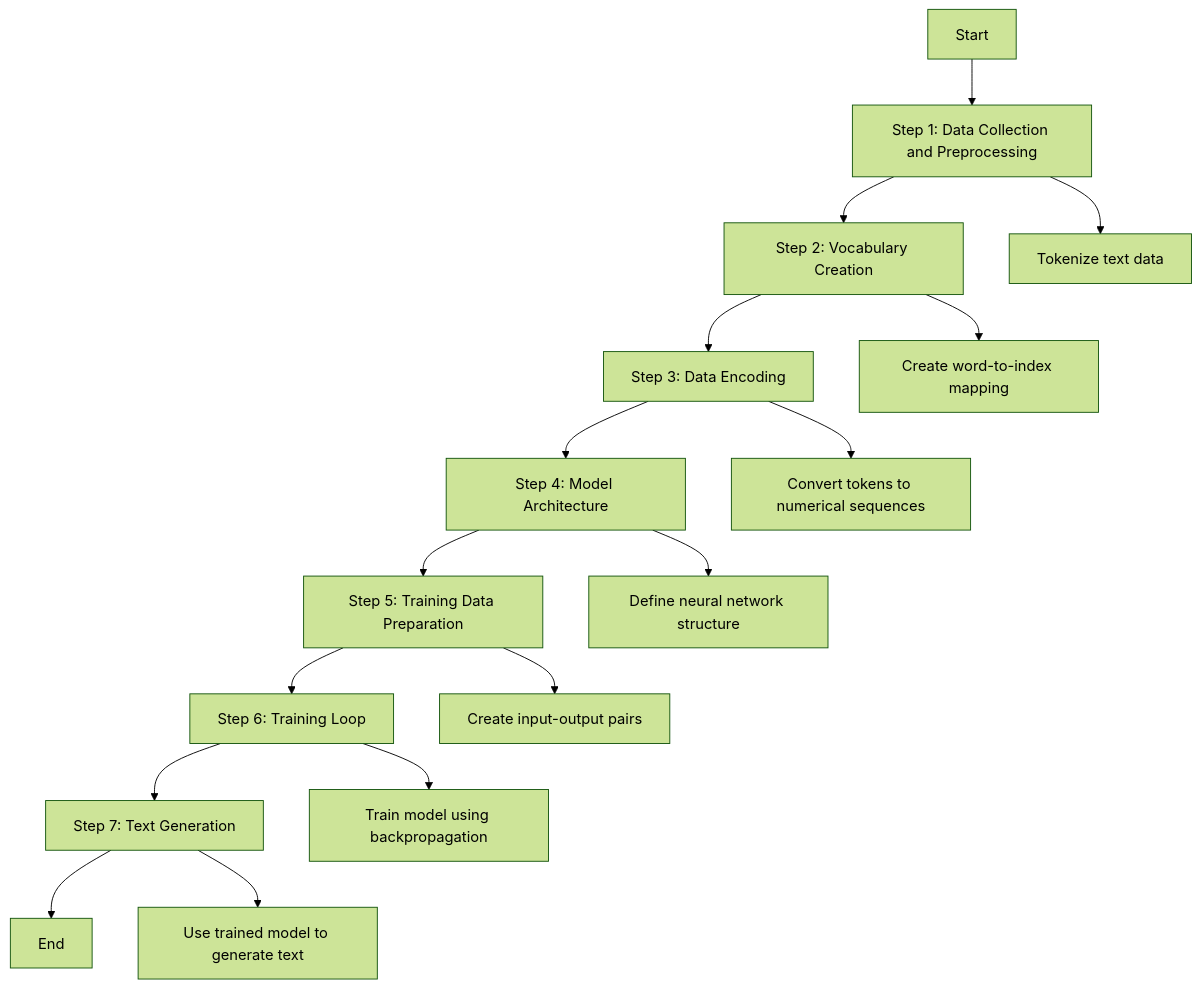
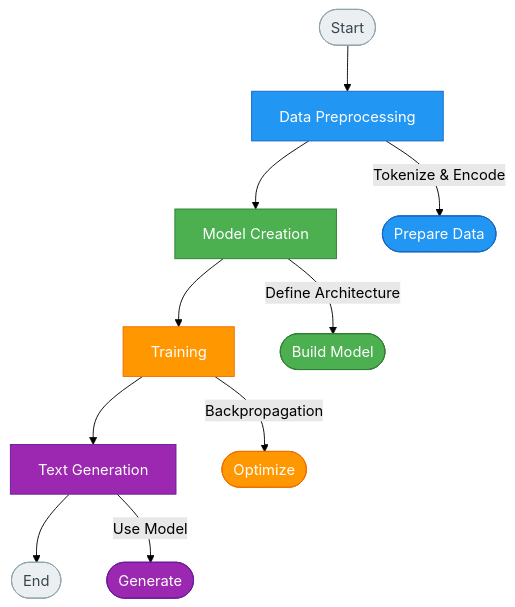
One commit to paulforan/llm-basics changed the diagram in README.md. Above: the diagram before and after it, drawn with Mermaid (forest theme).

Commit message:
made diagram simpler and also added more colour coding

````diff
--- a/README.md
+++ b/README.md
@@ -10,19 +10,19 @@
 ``` mermaid
 graph TD
-    A[Start] --> B[Step 1: Data Collection and Preprocessing]
-    B --> C[Step 2: Vocabulary Creation]
-    C --> D[Step 3: Data Encoding]
-    D --> E[Step 4: Model Architecture]
-    E --> F[Step 5: Training Data Preparation]
-    F --> G[Step 6: Training Loop]
-    G --> H[Step 7: Text Generation]
-    H --> I[End]
+    A([Start]) --> B
+    B[Data Preprocessing]:::blue --> C
+    C[Model Creation]:::green --> D
+    D[Training]:::orange --> E
+    E[Text Generation]:::purple --> F([End])
 
-    B --> B1[Tokenize text data]
-    C --> C1[Create word-to-index mapping]
-    D --> D1[Convert tokens to numerical sequences]
-    E --> E1[Define neural network structure]
-    F --> F1[Create input-output pairs]
-    G --> G1[Train model using backpropagation]
-    H --> H1[Use trained model to generate text]
+    B --> |Tokenize & Encode| B1([Prepare Data]):::blue
+    C --> |Define Architecture| C1([Build Model]):::green
+    D --> |Backpropagation| D1([Optimize]):::orange
+    E --> |Use Model| E1([Generate]):::purple
+
+    classDef blue fill:#2196F3,stroke:#1565C0,color:white;
+    classDef green fill:#4CAF50,stroke:#2E7D32,color:white;
+    classDef orange fill:#FF9800,stroke:#EF6C00,color:white;
+    classDef purple fill:#9C27B0,stroke:#6A1B9A,color:white;
+    classDef default fill:#ECEFF1,stroke:#90A4AE,color:#37474F;
 ```
````
